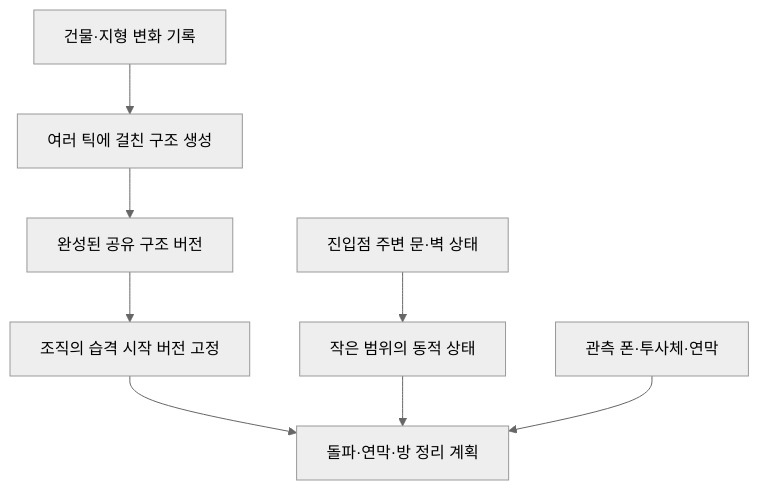
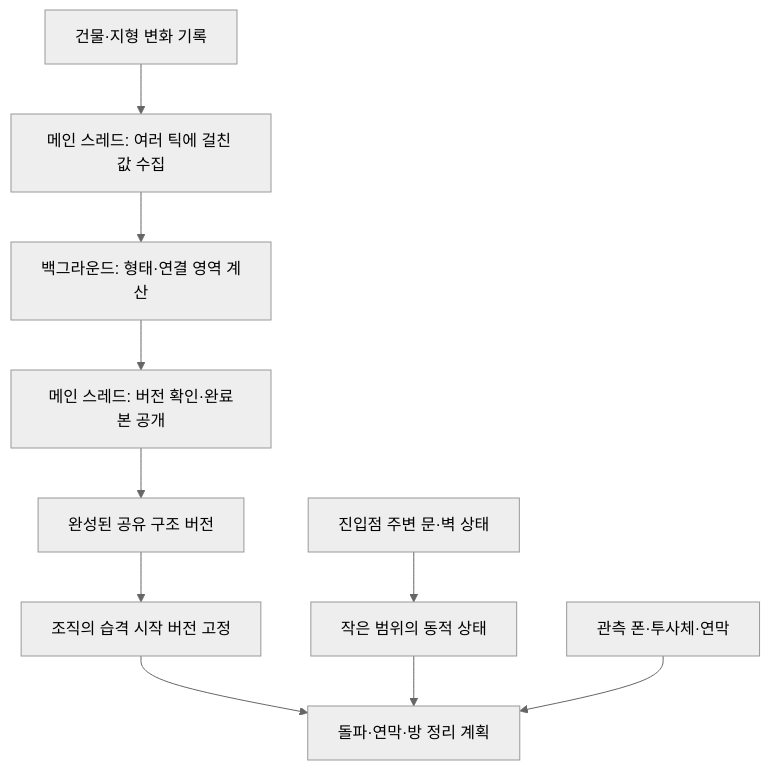
One commit to BlueBackedFish/Helodrace-Main changed the diagram in Docs/전술/맵 캐시 구조와 분산 갱신 계획.md. Above: the diagram before and after it, drawn with Mermaid (neutral theme). The commit also changed other lines of this file, not shown here.

````diff
--- a/Docs/전술/맵 캐시 구조와 분산 갱신 계획.md
+++ b/Docs/전술/맵 캐시 구조와 분산 갱신 계획.md
@@ -122,10 +122,12 @@
 ```mermaid
 flowchart TD
-    A[건물·지형 변화 기록] --> B[여러 틱에 걸친 구조 생성]
-    B --> C[완성된 공유 구조 버전]
+    A[건물·지형 변화 기록] --> B[메인 스레드: 여러 틱에 걸친 값 수집]
+    B --> I[백그라운드: 형태·연결 영역 계산]
+    I --> J[메인 스레드: 버전 확인·완료본 공개]
+    J --> C[완성된 공유 구조 버전]
     C --> D[조직의 습격 시작 버전 고정]
     E[진입점 주변 문·벽 상태] --> F[작은 범위의 동적 상태]
     D --> G[돌파·연막·방 정리 계획]
     F --> G
     H[관측 폰·투사체·연막] --> G
 ```
````
